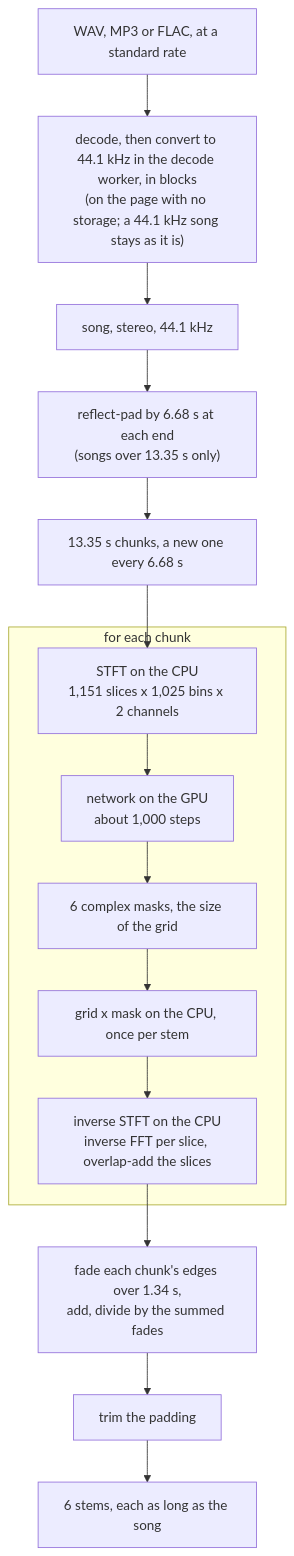
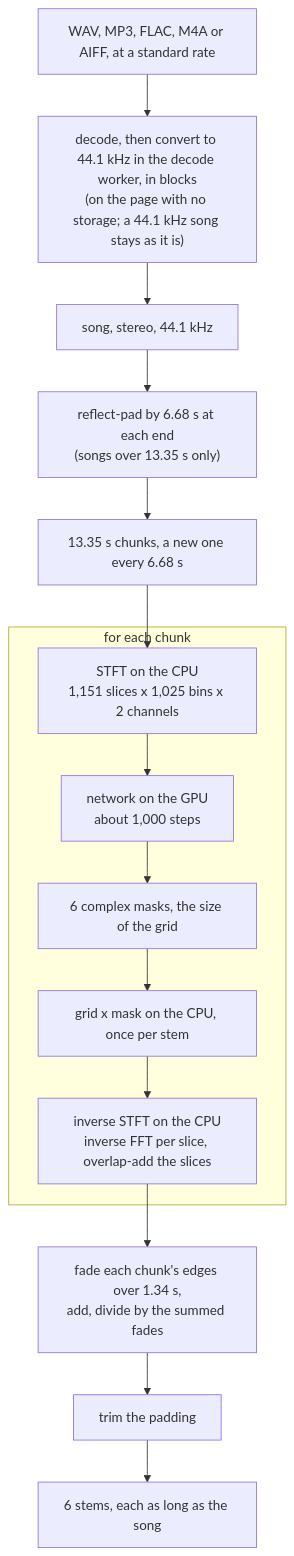
One commit to lloydmeta/stemyla changed the second of 5 diagrams in docs/ARCHITECTURE.md. Above: the diagram before and after it, drawn with Mermaid. The commit also changed other lines of this file and 86 other files, not shown here.

````diff
--- a/docs/ARCHITECTURE.md
+++ b/docs/ARCHITECTURE.md
@@ -91,19 +93,19 @@
 ```mermaid
 flowchart TD
-  FILE["WAV, MP3 or FLAC, at a standard rate"] --> CONV["decode, then convert to 44.1 kHz in the decode worker, in blocks<br/>(on the page with no storage; a 44.1 kHz song stays as it is)"]
+  FILE["WAV, MP3, FLAC, M4A or AIFF, at a standard rate"] --> CONV["decode, then convert to 44.1 kHz in the decode worker, in blocks<br/>(on the page with no storage; a 44.1 kHz song stays as it is)"]
   CONV --> SONG["song, stereo, 44.1 kHz"]
   SONG --> PAD["reflect-pad by 6.68 s at each end<br/>(songs over 13.35 s only)"]
   PAD --> CUT["13.35 s chunks, a new one every 6.68 s"]
   subgraph chunk["for each chunk"]
     STFT["STFT on the CPU<br/>1,151 slices x 1,025 bins x 2 channels"]
     NET["network on the GPU<br/>about 1,000 steps"]
     MASKS["6 complex masks, the size of the grid"]
     APPLY["grid x mask on the CPU, once per stem"]
     ISTFT["inverse STFT on the CPU<br/>inverse FFT per slice, overlap-add the slices"]
     STFT --> NET --> MASKS --> APPLY --> ISTFT
   end
   CUT --> STFT
   ISTFT --> XF["fade each chunk's edges over 1.34 s,<br/>add, divide by the summed fades"]
   XF --> TRIM["trim the padding"]
   TRIM --> STEMS["6 stems, each as long as the song"]
 ```
````
